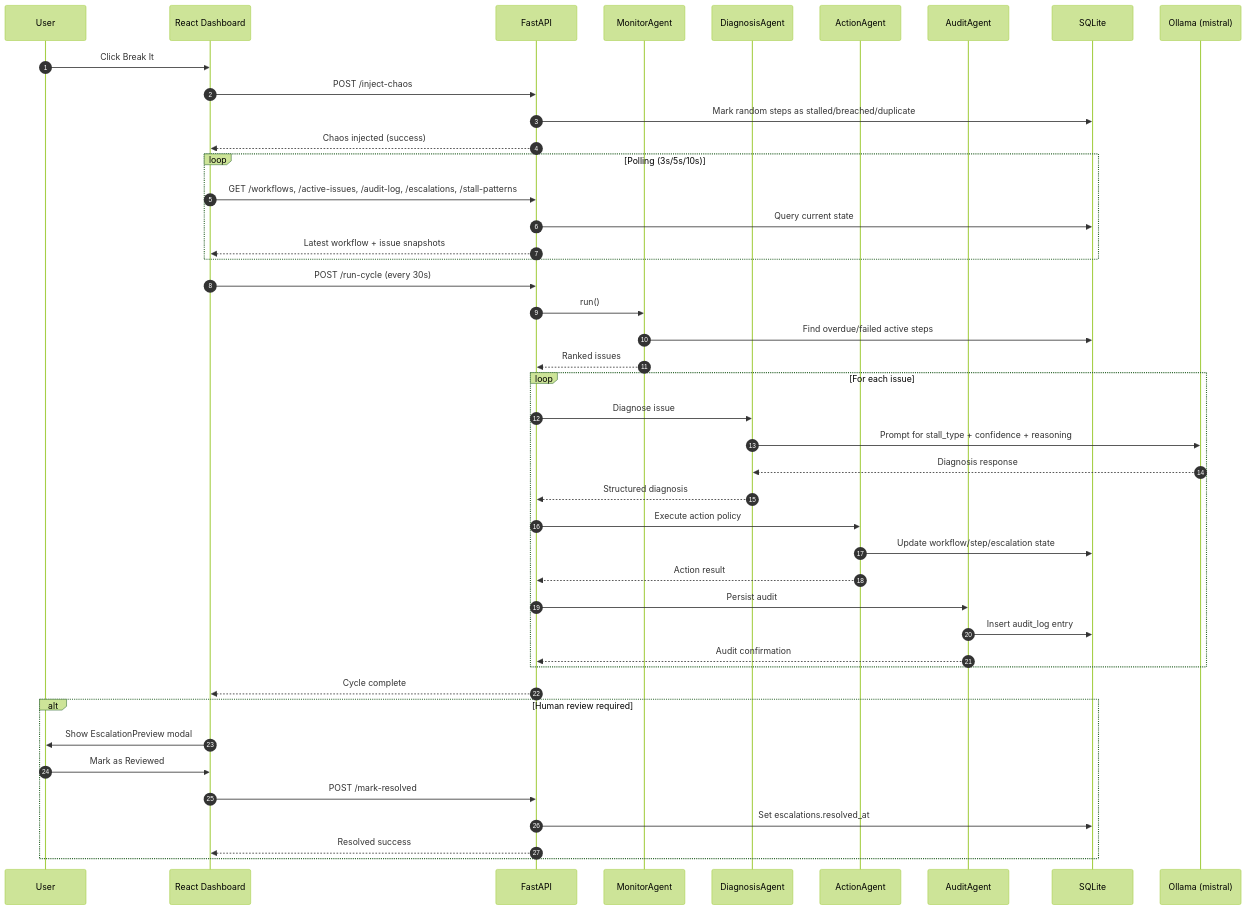
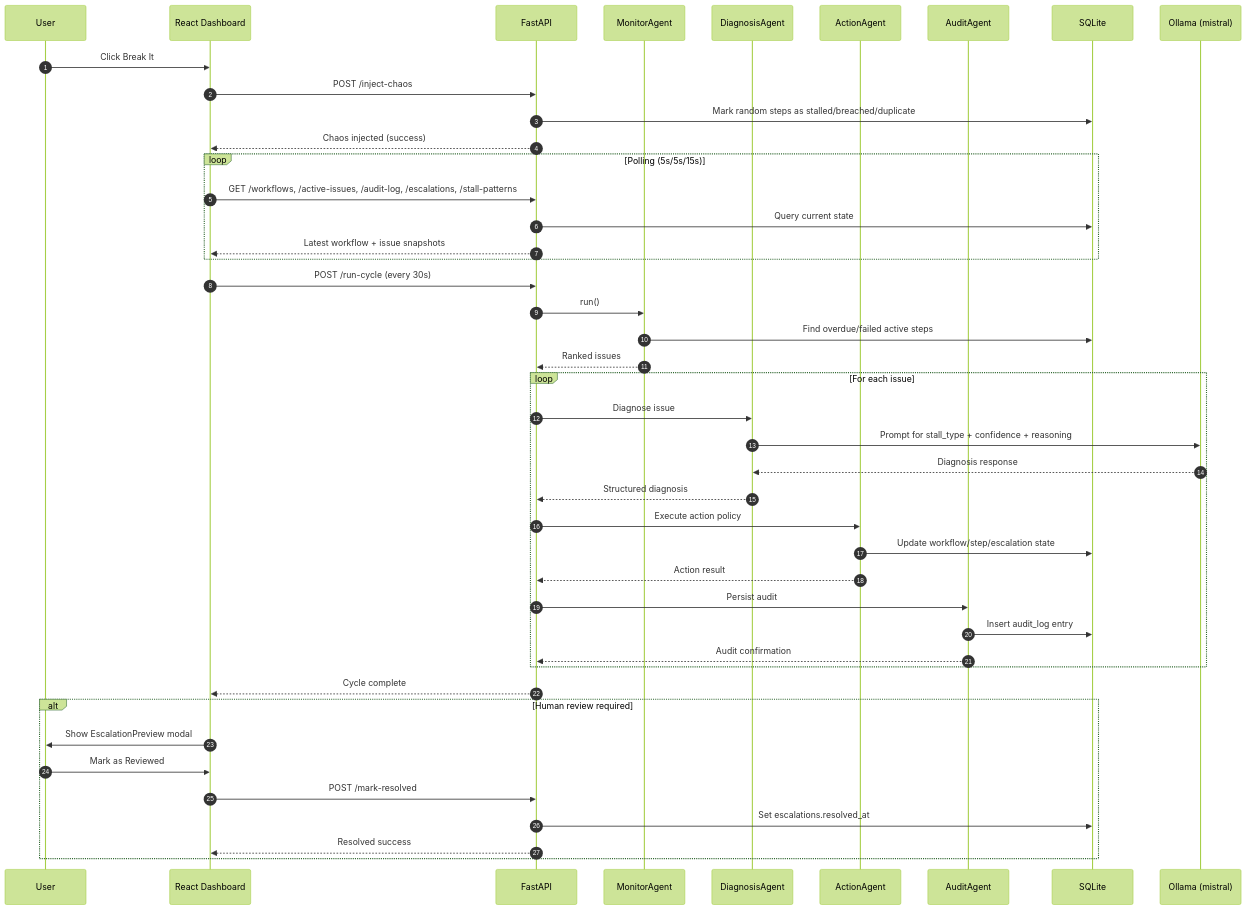
Before and after one commit to asmiverma/process-autopsy-agent: the diagram in docs/workflow-sequence.mmd, drawn with Mermaid (forest theme). The commit also changed 4 other files, not shown here.

```diff
--- a/docs/workflow-sequence.mmd
+++ b/docs/workflow-sequence.mmd
@@ -1,52 +1,55 @@
+%% Process Autopsy Agent - Workflow Sequence
+%% Demonstrates failure injection, polling, orchestration cycle, and escalation review
+
 sequenceDiagram
     autonumber
     participant User
     participant UI as React Dashboard
     participant API as FastAPI
     participant M as MonitorAgent
     participant D as DiagnosisAgent
     participant A as ActionAgent
     participant Au as AuditAgent
     participant DB as SQLite
     participant LLM as Ollama (mistral)
 
     User->>UI: Click Break It
     UI->>API: POST /inject-chaos
     API->>DB: Mark random steps as stalled/breached/duplicate
     API-->>UI: Chaos injected (success)
 
-    loop Polling (3s/5s/10s)
+    loop Polling (5s/5s/15s)
         UI->>API: GET /workflows, /active-issues, /audit-log, /escalations, /stall-patterns
         API->>DB: Query current state
         API-->>UI: Latest workflow + issue snapshots
     end
 
     UI->>API: POST /run-cycle (every 30s)
     API->>M: run()
     M->>DB: Find overdue/failed active steps
     M-->>API: Ranked issues
 
     loop For each issue
         API->>D: Diagnose issue
         D->>LLM: Prompt for stall_type + confidence + reasoning
         LLM-->>D: Diagnosis response
         D-->>API: Structured diagnosis
 
         API->>A: Execute action policy
         A->>DB: Update workflow/step/escalation state
         A-->>API: Action result
 
         API->>Au: Persist audit
         Au->>DB: Insert audit_log entry
         Au-->>API: Audit confirmation
     end
 
     API-->>UI: Cycle complete
 
     alt Human review required
         UI->>User: Show EscalationPreview modal
         User->>UI: Mark as Reviewed
         UI->>API: POST /mark-resolved
         API->>DB: Set escalations.resolved_at
         API-->>UI: Resolved success
     end
```
